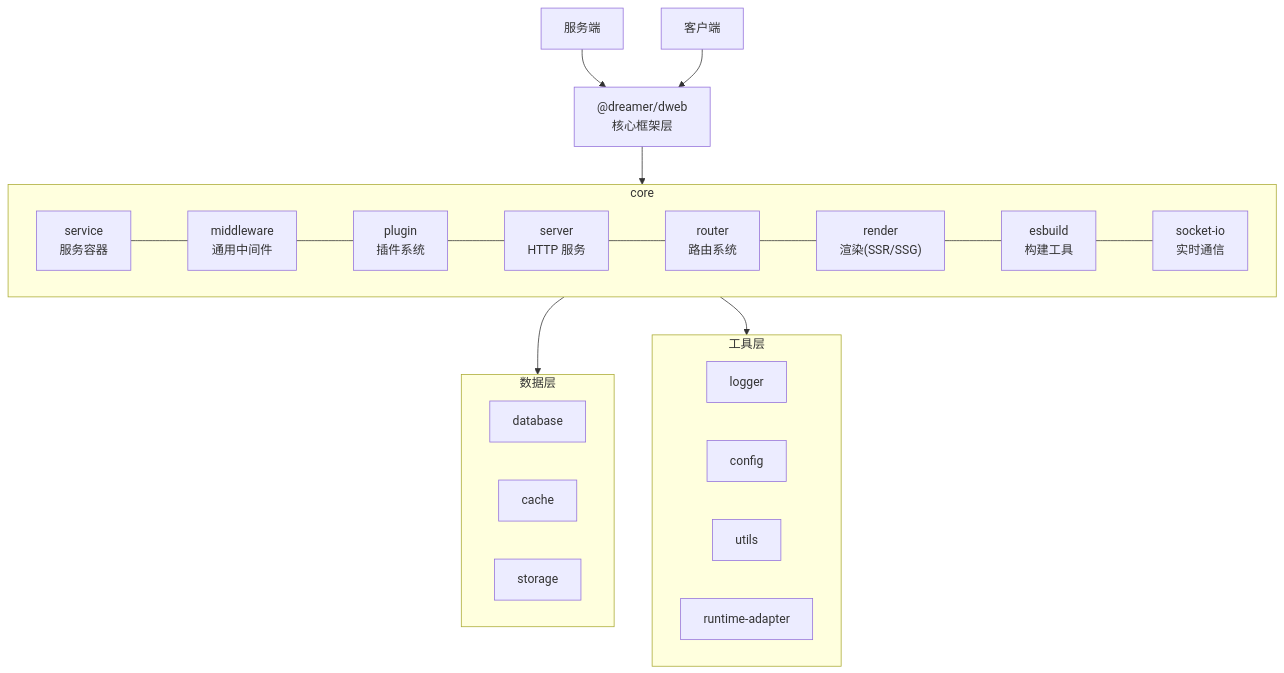
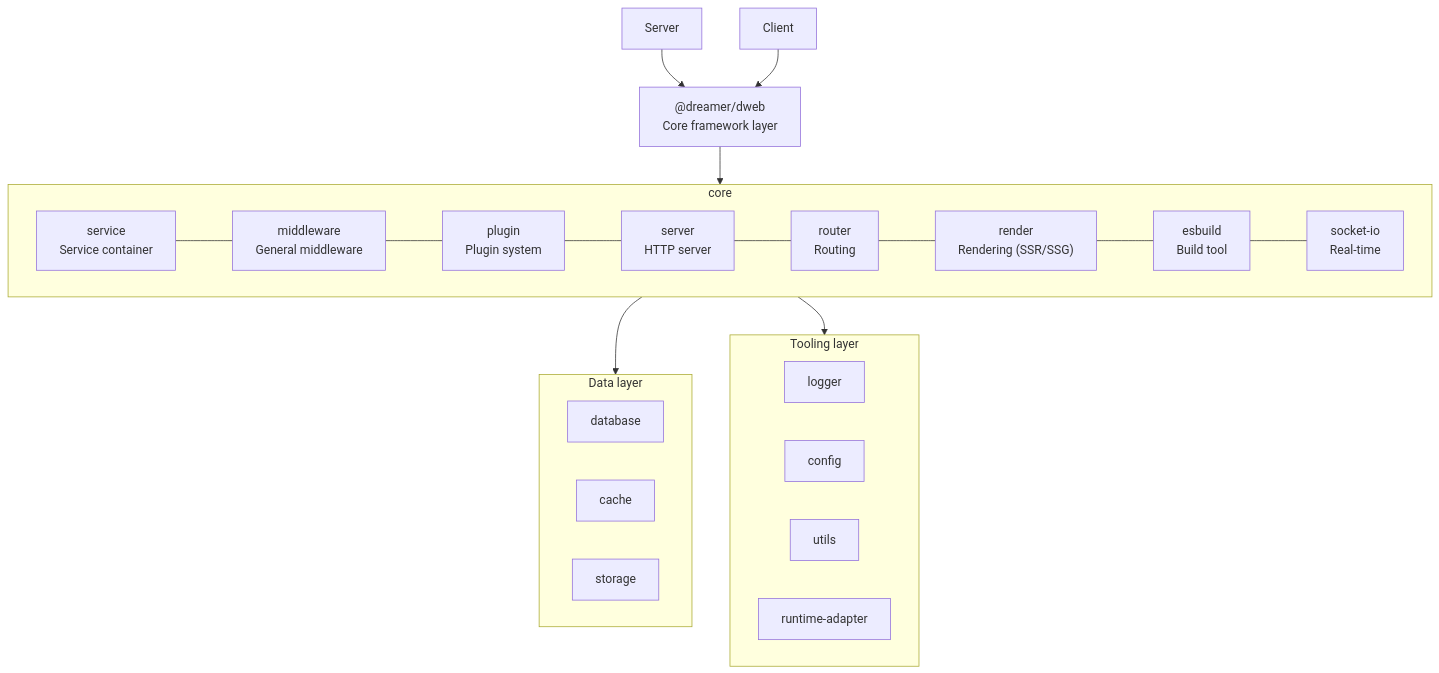
One commit to shuliangfu/dweb changed the first of 2 diagrams in README.md. Above: the diagram before and after it, drawn with Mermaid. The commit also changed other lines of this file and 3 other files, not shown here.

````diff
--- a/README.md
+++ b/README.md
@@ -220,31 +202,31 @@
 ```mermaid
 flowchart TB
-    A[服务端]
-    B[客户端]
+    A[Server]
+    B[Client]
 
-    TITLE["@dreamer/dweb<br/>核心框架层"]
+    TITLE["@dreamer/dweb<br/>Core framework layer"]
 
     subgraph core
         direction LR
-        C1["service<br/>服务容器"] --- C2["middleware<br/>通用中间件"] --- C3["plugin<br/>插件系统"] --- C4["server<br/>HTTP 服务"] --- C5["router<br/>路由系统"] --- C6["render<br/>渲染(SSR/SSG)"] --- C7["esbuild<br/>构建工具"] --- C8["socket-io<br/>实时通信"]
+        C1["service<br/>Service container"] --- C2["middleware<br/>General middleware"] --- C3["plugin<br/>Plugin system"] --- C4["server<br/>HTTP server"] --- C5["router<br/>Routing"] --- C6["render<br/>Rendering (SSR/SSG)"] --- C7["esbuild<br/>Build tool"] --- C8["socket-io<br/>Real-time"]
     end
 
-    subgraph data["数据层"]
+    subgraph data["Data layer"]
         D1[database]
         D2[cache]
         D3[storage]
     end
 
-    subgraph tool["工具层"]
+    subgraph tool["Tooling layer"]
         T1[logger]
         T2[config]
         T3[utils]
         T4["runtime-adapter"]
     end
 
     A --> TITLE
     B --> TITLE
     TITLE --> core
     core --> data
     core --> tool
 ```
````
